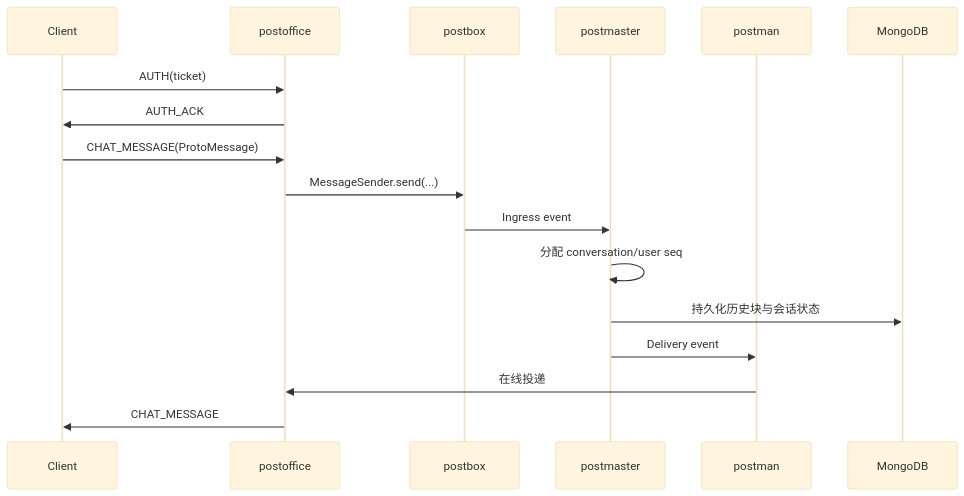
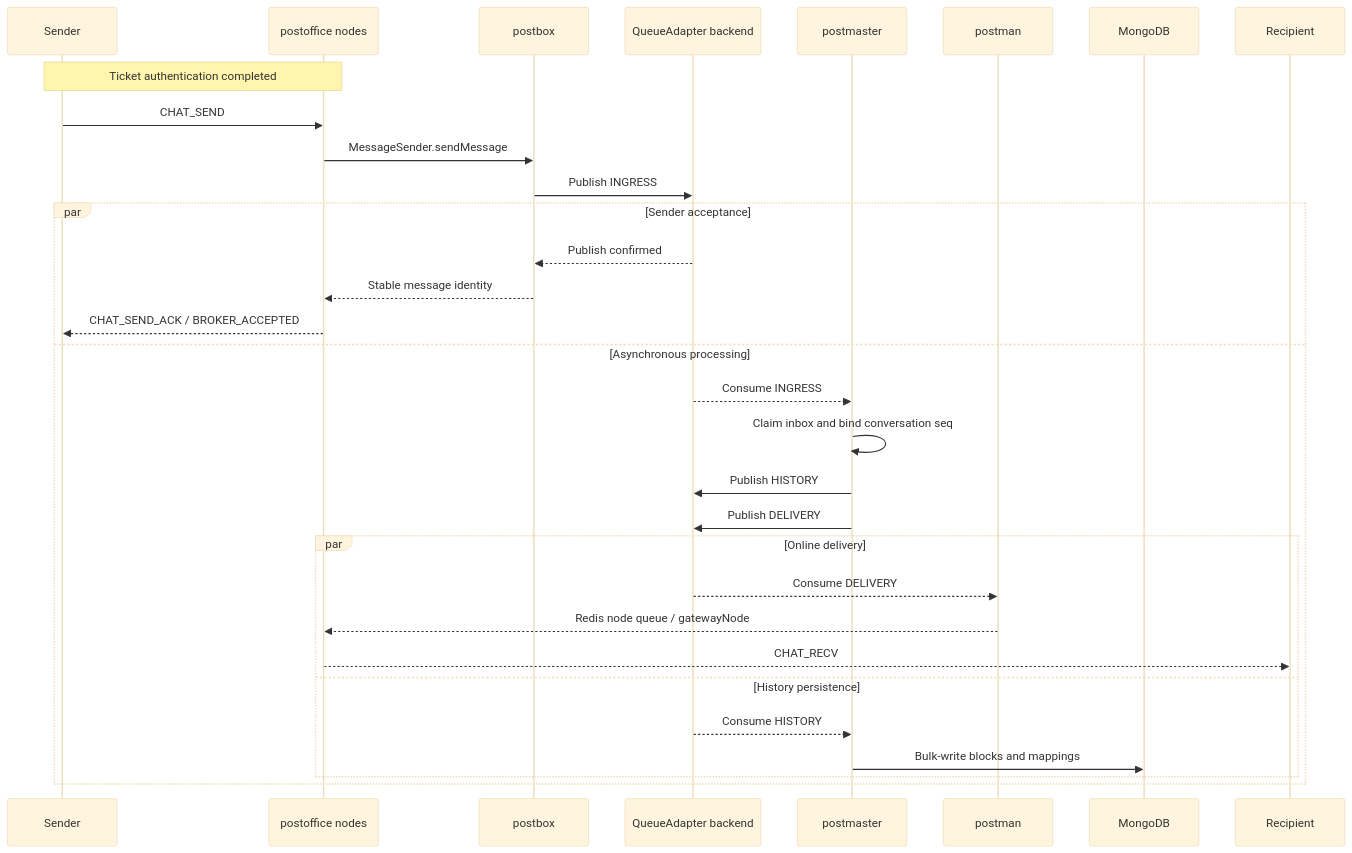
Before and after one commit to cheeseocean/CheeseIM: the diagram in README.md, drawn with Mermaid (base theme). The commit also changed other lines of this file and 4 other files, not shown here.

Commit message:
docs: redesign README structure and architecture overview

````diff
--- a/README.md
+++ b/README.md
@@ -15,20 +40,34 @@
 ```mermaid
 sequenceDiagram
-    participant C as Client
-    participant O as postoffice
+    participant S as Sender
+    participant G as postoffice nodes
     participant B as postbox
+    participant Q as QueueAdapter backend
     participant M as postmaster
     participant P as postman
     participant DB as MongoDB
+    participant R as Recipient
 
-    C->>O: AUTH(ticket)
-    O->>C: AUTH_ACK
-    C->>O: CHAT_MESSAGE(ProtoMessage)
-    O->>B: MessageSender.send(...)
-    B->>M: Ingress event
-    M->>M: 分配 conversation/user seq
-    M->>DB: 持久化历史块与会话状态
-    M->>P: Delivery event
-    P->>O: 在线投递
-    O->>C: CHAT_MESSAGE
+    Note over S,G: Ticket authentication completed
+    S->>G: CHAT_SEND
+    G->>B: MessageSender.sendMessage
+    B->>Q: Publish INGRESS
+    par Sender acceptance
+        Q-->>B: Publish confirmed
+        B-->>G: Stable message identity
+        G-->>S: CHAT_SEND_ACK / BROKER_ACCEPTED
+    and Asynchronous processing
+        Q-->>M: Consume INGRESS
+        M->>M: Claim inbox and bind conversation seq
+        M->>Q: Publish HISTORY
+        M->>Q: Publish DELIVERY
+        par Online delivery
+            Q-->>P: Consume DELIVERY
+            P-->>G: Redis node queue / gatewayNode
+            G-->>R: CHAT_RECV
+        and History persistence
+            Q-->>M: Consume HISTORY
+            M->>DB: Bulk-write blocks and mappings
+        end
+    end
 ```
````
